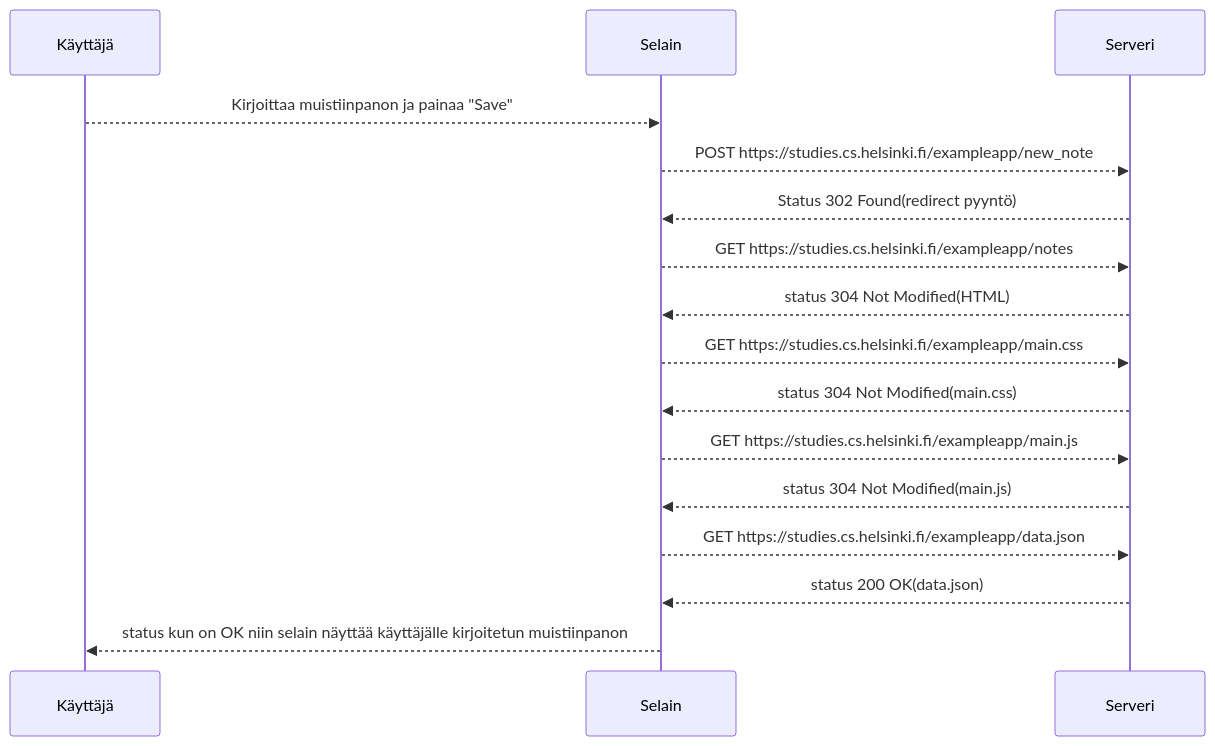
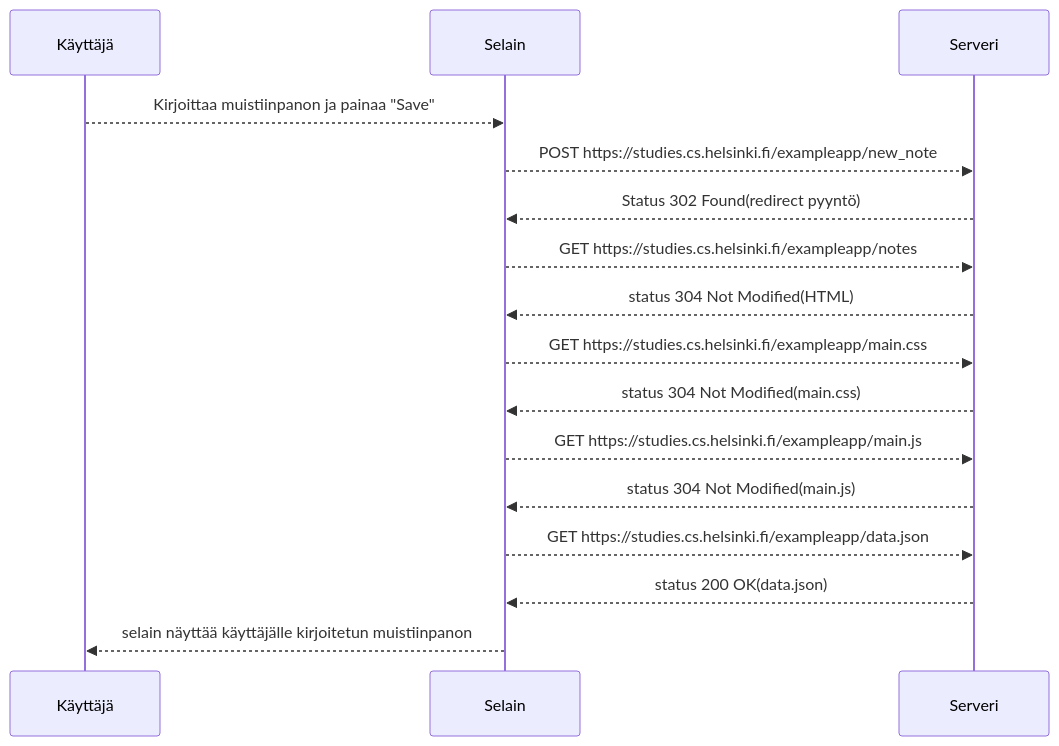
Before and after one commit to Jarttu/Fso-0: the first of 2 diagrams in README.md, drawn with Mermaid. The commit also changed other lines of this file, not shown here.

````diff
--- a/README.md
+++ b/README.md
@@ -1,19 +1,19 @@
 ```mermaid
 sequenceDiagram
   participant Käyttäjä
   participant Selain
   participant Serveri
 
   Käyttäjä-->>Selain: Kirjoittaa muistiinpanon ja painaa "Save"
   Selain-->>Serveri: POST https://studies.cs.helsinki.fi/exampleapp/new_note
   Serveri-->>Selain: Status 302 Found(redirect pyyntö)
   Selain-->>Serveri: GET https://studies.cs.helsinki.fi/exampleapp/notes
   Serveri-->>Selain: status 304 Not Modified(HTML)
   Selain-->>Serveri: GET https://studies.cs.helsinki.fi/exampleapp/main.css
   Serveri-->>Selain: status 304 Not Modified(main.css)
   Selain-->>Serveri: GET https://studies.cs.helsinki.fi/exampleapp/main.js
   Serveri-->>Selain: status 304 Not Modified(main.js)
   Selain-->>Serveri: GET https://studies.cs.helsinki.fi/exampleapp/data.json
   Serveri-->>Selain: status 200 OK(data.json)
-  Selain-->>Käyttäjä: status kun on OK niin selain näyttää käyttäjälle kirjoitetun muistiinpanon
+  Selain-->>Käyttäjä: selain näyttää käyttäjälle kirjoitetun muistiinpanon
 ```
````
